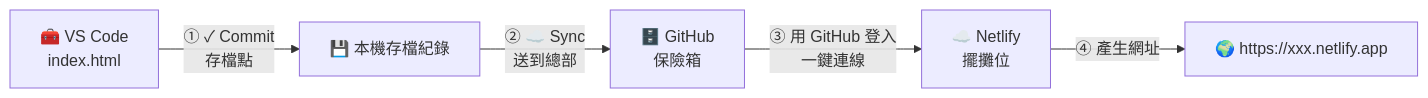
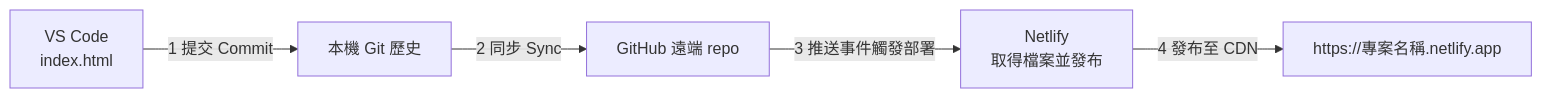
Before and after one commit to cychiang-ntpu/VibeNTPU: the second of 2 diagrams in lectures/wk01_1007_saas-storefront/README.md, drawn with Mermaid. The commit also changed other lines of this file and 43 other files, not shown here.

````diff
--- a/lectures/wk01_1007_saas-storefront/README.md
+++ b/lectures/wk01_1007_saas-storefront/README.md
@@ -221,7 +255,7 @@
 ```mermaid
 flowchart LR
-    A["🧰 VS Code<br/>index.html"] -- "① ✓ Commit<br/>存檔點" --> A2["💾 本機存檔紀錄"]
-    A2 -- "② ☁️ Sync<br/>送到總部" --> B["🗄️ GitHub<br/>保險箱"]
-    B -- "③ 用 GitHub 登入<br/>一鍵連線" --> C["☁️ Netlify<br/>擺攤位"]
-    C -- "④ 產生網址" --> D["🌍 https://xxx.netlify.app"]
+    A["VS Code<br/>index.html"] -- "1 提交 Commit" --> A2["本機 Git 歷史"]
+    A2 -- "2 同步 Sync" --> B["GitHub 遠端 repo"]
+    B -- "3 推送事件觸發部署" --> C["Netlify<br/>取得檔案並發布"]
+    C -- "4 發布至 CDN" --> D["https://專案名稱.netlify.app"]
 ```
````
